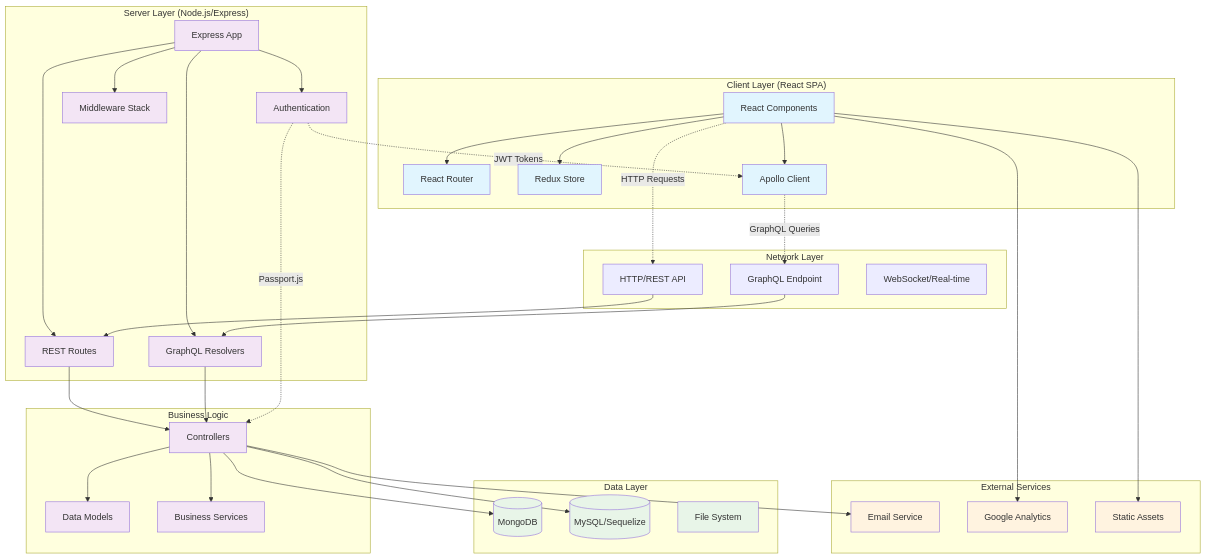
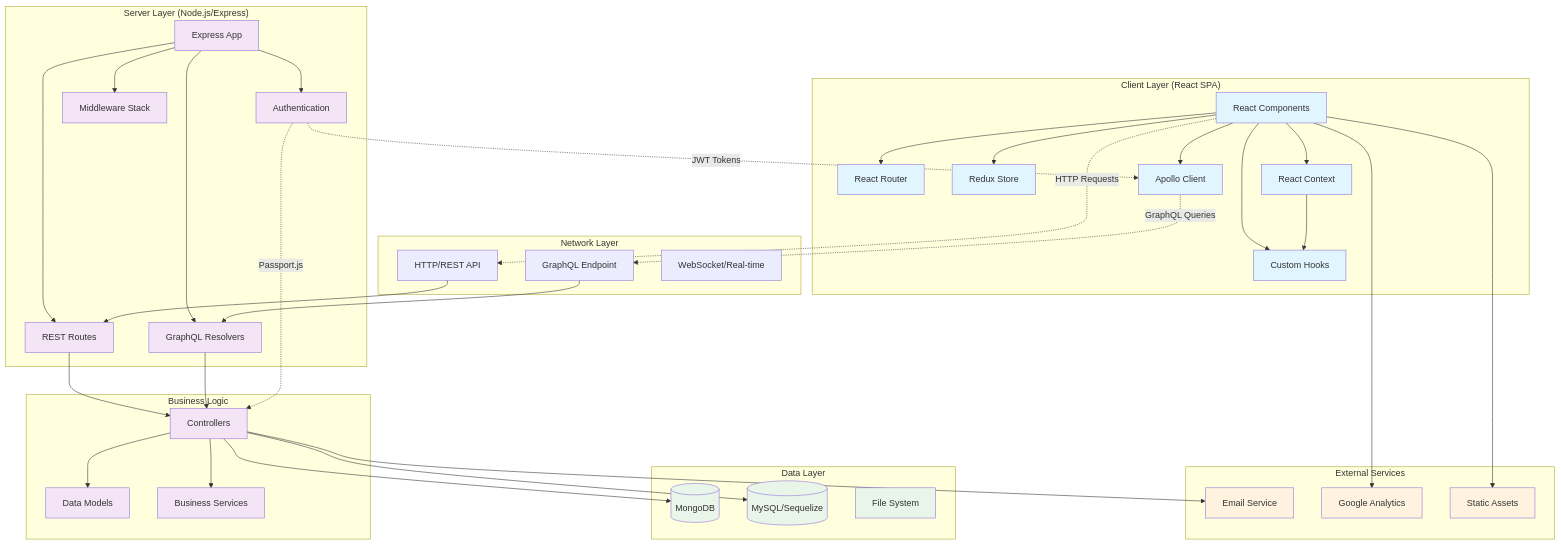
One commit to snogcel/randomly-read changed the diagram in system-architecture.md. Above: the diagram before and after it, drawn with Mermaid. The commit also changed other lines of this file and 3 other files, not shown here.

Commit message:
Update System Diagrams

```diff
--- a/system-architecture.md
+++ b/system-architecture.md
@@ -7,10 +7,15 @@
         UI[React Components]
         Router[React Router]
         State[Redux Store]
+        Context[React Context]
+        Hooks[Custom Hooks]
         Apollo[Apollo Client]
         UI --> Router
         UI --> State
+        UI --> Context
+        UI --> Hooks
         UI --> Apollo
+        Context --> Hooks
     end
 
     %% Network Layer
@@ -85,7 +90,7 @@
     classDef data fill:#e8f5e8
     classDef external fill:#fff3e0
 
-    class UI,Router,State,Apollo client
+    class UI,Router,State,Apollo,Context,Hooks client
     class App,Routes,Resolvers,Auth,Middleware,Controllers,Models,Services server
     class MongoDB,MySQL,FileSystem data
     class Email,Analytics,CDN external
```
